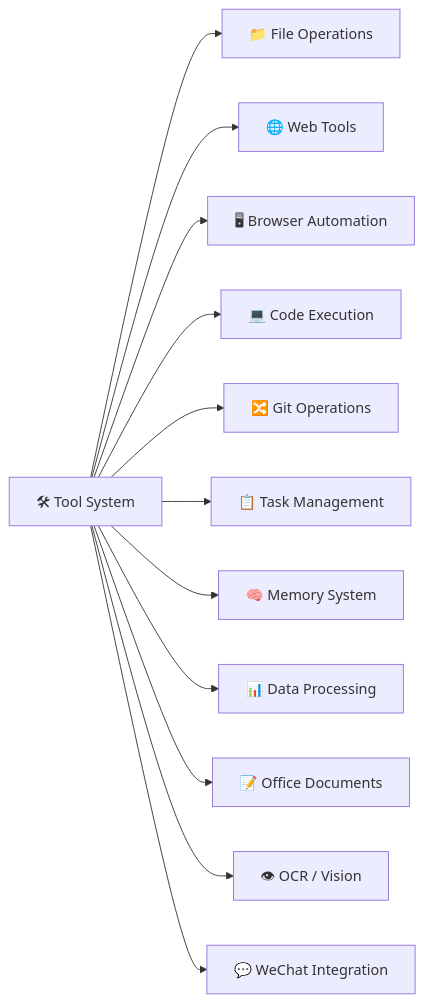
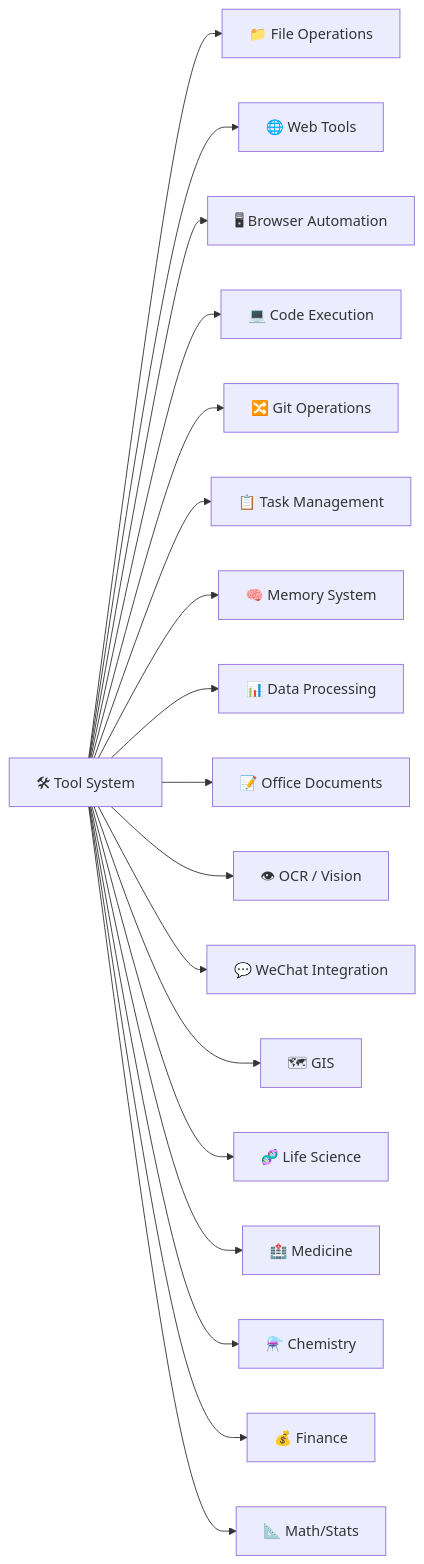
Before and after one commit to 1486853830/CogitoAgent: the first of 3 diagrams in README.md, drawn with Mermaid. The commit also changed other lines of this file and 10 other files, not shown here.

````diff
--- a/README.md
+++ b/README.md
@@ -87,15 +87,21 @@
 ```mermaid
 flowchart LR
   Tools["🛠 Tool System"]
   Tools --> File["📁 File Operations"]
   Tools --> Web["🌐 Web Tools"]
   Tools --> Browser["🖥 Browser Automation"]
   Tools --> Code["💻 Code Execution"]
   Tools --> Git["🔀 Git Operations"]
   Tools --> Task["📋 Task Management"]
   Tools --> Memory["🧠 Memory System"]
   Tools --> Data["📊 Data Processing"]
   Tools --> Office["📝 Office Documents"]
   Tools --> OCR["👁 OCR / Vision"]
   Tools --> Wx["💬 WeChat Integration"]
+  Tools --> GIS["🗺 GIS"]
+  Tools --> Bio["🧬 Life Science"]
+  Tools --> Med["🏥 Medicine"]
+  Tools --> Chem["⚗️ Chemistry"]
+  Tools --> Fin["💰 Finance"]
+  Tools --> Math["📐 Math/Stats"]
 ```
````
